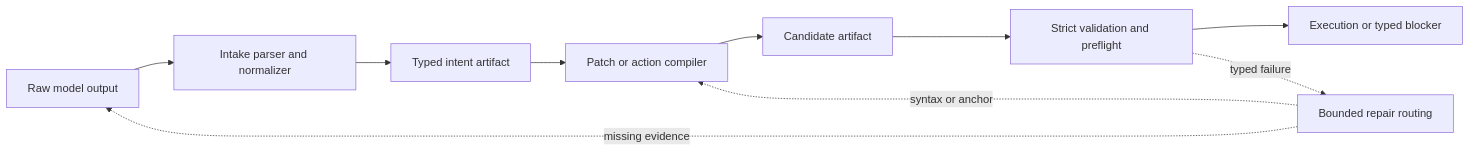
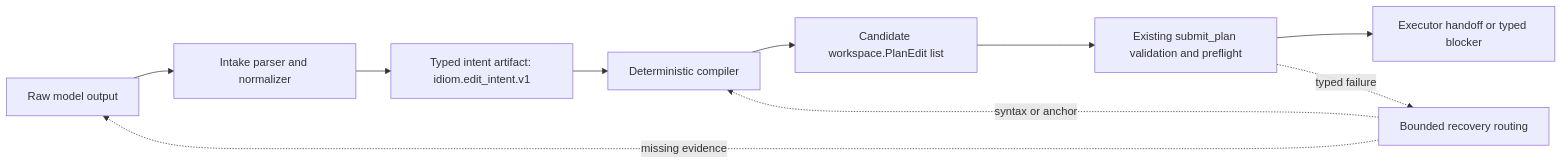
The diagram in docs/design-malformed-output-distillation.md (BLuchterhand/Idiom), drawn with Mermaid before and after one commit. The commit also changed other lines of this file and 20 other files, not shown here.

````diff
--- a/docs/design-malformed-output-distillation.md
+++ b/docs/design-malformed-output-distillation.md
@@ -141,12 +168,12 @@
 ```mermaid
 flowchart LR
     Raw["Raw model output"] --> Intake["Intake parser and normalizer"]
-    Intake --> Intent["Typed intent artifact"]
-    Intent --> Compiler["Patch or action compiler"]
-    Compiler --> Artifact["Candidate artifact"]
-    Artifact --> Gate["Strict validation and preflight"]
-    Gate --> Execute["Execution or typed blocker"]
-    Gate -. typed failure .-> Repair["Bounded repair routing"]
+    Intake --> Intent["Typed intent artifact: idiom.edit_intent.v1"]
+    Intent --> Compiler["Deterministic compiler"]
+    Compiler --> Artifact["Candidate workspace.PlanEdit list"]
+    Artifact --> Gate["Existing submit_plan validation and preflight"]
+    Gate --> Execute["Executor handoff or typed blocker"]
+    Gate -. typed failure .-> Repair["Bounded recovery routing"]
     Repair -. syntax or anchor .-> Compiler
     Repair -. missing evidence .-> Raw
 ```
````
